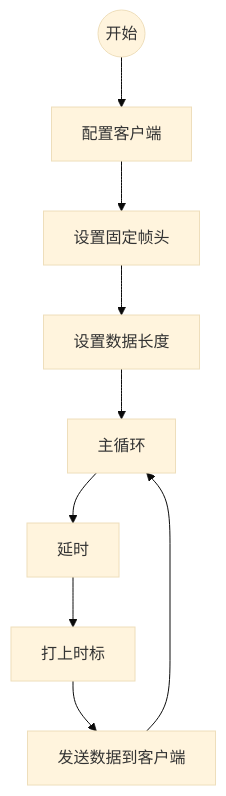
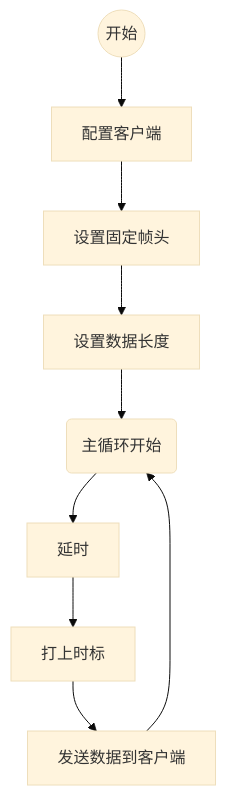
One commit to zhangyc999/new-tz-1 changed the second of 2 diagrams in doc/udp.md. Above: the diagram before and after it, drawn with Mermaid (base theme). The commit also changed other lines of this file, not shown here.

````diff
--- a/doc/udp.md
+++ b/doc/udp.md
@@ -41,11 +42,11 @@
 ```mermaid
 graph TB
-        开始((开始))-->配置客户端
+        st((开始))-->配置客户端
         配置客户端-->设置固定帧头
         设置固定帧头-->设置数据长度
-        设置数据长度-->主循环
-        主循环-->延时
+        设置数据长度-->loop(主循环开始)
+        loop-->延时
         延时-->打上时标
         打上时标-->发送数据到客户端
-        发送数据到客户端-->主循环
+        发送数据到客户端-->loop
 ```
````
